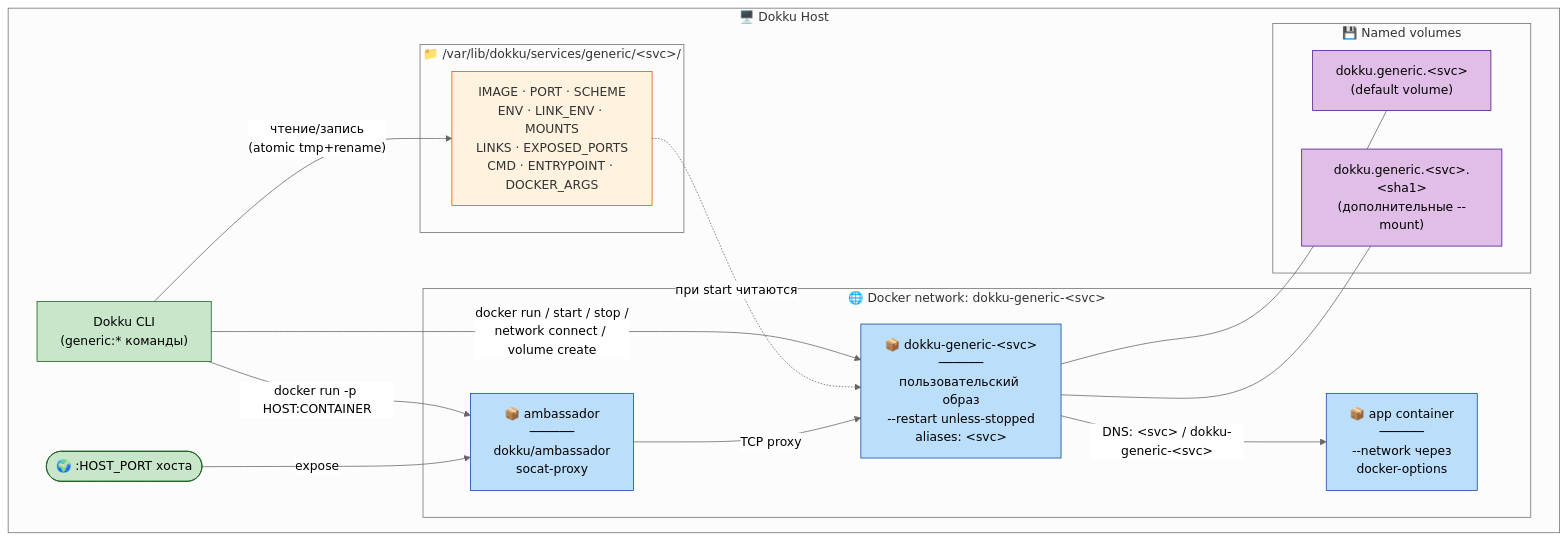
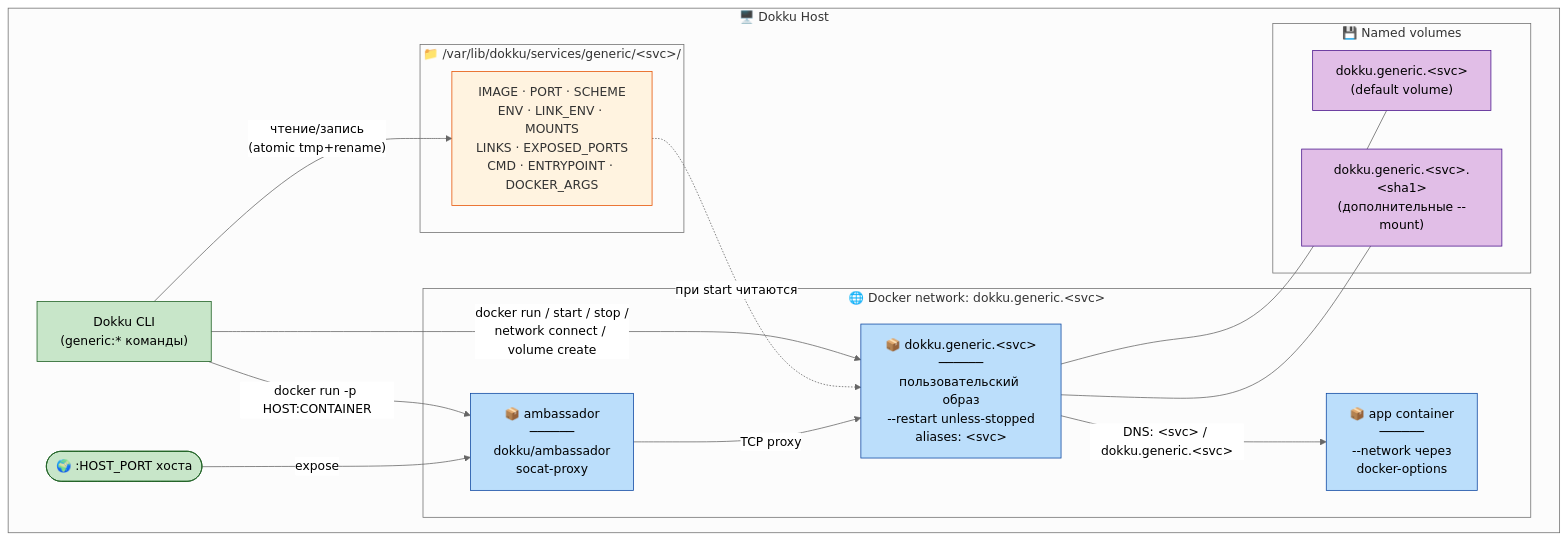
One commit to meteozond/dokku-generic changed the second of 4 diagrams in docs/superpowers/specs/2026-05-06-dokku-generic-plugin-design.md. Above: the diagram before and after it, drawn with Mermaid (neutral theme). The commit also changed other lines of this file and 36 other files, not shown here.

````diff
--- a/docs/superpowers/specs/2026-05-06-dokku-generic-plugin-design.md
+++ b/docs/superpowers/specs/2026-05-06-dokku-generic-plugin-design.md
@@ -552,44 +552,44 @@
 ```mermaid
 flowchart TB
     subgraph host["🖥️ Dokku Host"]
         cli["Dokku CLI<br/>(generic:* команды)"]
 
         subgraph state["📁 /var/lib/dokku/services/generic/&lt;svc&gt;/"]
             files["IMAGE · PORT · SCHEME<br/>ENV · LINK_ENV · MOUNTS<br/>LINKS · EXPOSED_PORTS<br/>CMD · ENTRYPOINT · DOCKER_ARGS"]
         end
 
-        subgraph network["🌐 Docker network: dokku-generic-&lt;svc&gt;"]
-            svc["📦 dokku-generic-&lt;svc&gt;<br/>──────<br/>пользовательский образ<br/>--restart unless-stopped<br/>aliases: &lt;svc&gt;"]
+        subgraph network["🌐 Docker network: dokku.generic.&lt;svc&gt;"]
+            svc["📦 dokku.generic.&lt;svc&gt;<br/>──────<br/>пользовательский образ<br/>--restart unless-stopped<br/>aliases: &lt;svc&gt;"]
             amb["📦 ambassador<br/>──────<br/>dokku/ambassador<br/>socat-proxy"]
             app["📦 app container<br/>──────<br/>--network через<br/>docker-options"]
         end
 
         subgraph volumes["💾 Named volumes"]
             v1["dokku.generic.&lt;svc&gt;<br/>(default volume)"]
             v2["dokku.generic.&lt;svc&gt;.&lt;sha1&gt;<br/>(дополнительные --mount)"]
         end
 
         host_port(["🌍 :HOST_PORT хоста"])
     end
 
     cli -- "чтение/запись<br/>(atomic tmp+rename)" --> files
     cli -- "docker run / start / stop /<br/>network connect / volume create" --> svc
     cli -- "docker run -p HOST:CONTAINER" --> amb
 
     files -. "при start читаются" .-> svc
-    svc -- "DNS: &lt;svc&gt; / dokku-generic-&lt;svc&gt;" --> app
+    svc -- "DNS: &lt;svc&gt; / dokku.generic.&lt;svc&gt;" --> app
     amb -- "TCP proxy" --> svc
     host_port -- "expose" --> amb
 
     svc --- v1
     svc --- v2
 
     classDef state fill:#fff3e0,stroke:#e65100,color:#333
     classDef container fill:#bbdefb,stroke:#0d47a1,color:#000
     classDef volume fill:#e1bee7,stroke:#4a148c,color:#000
     classDef external fill:#c8e6c9,stroke:#1b5e20,color:#000
     class files state
     class svc,amb,app container
     class v1,v2 volume
     class cli,host_port external
 ```
````
